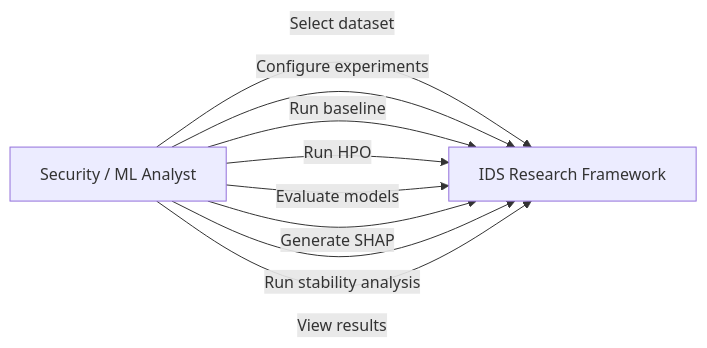
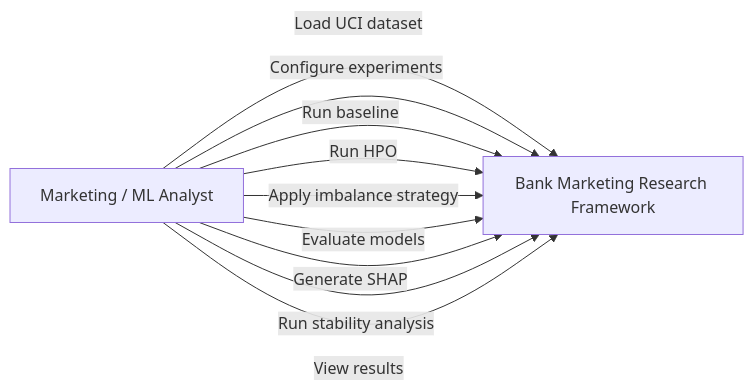
Before and after one commit to harshkhamkar26/Hyperparameter-Optimization-XAI: the first of 3 diagrams in docs/SEPM/07_UML_Diagrams.md, drawn with Mermaid. The commit also changed other lines of this file, not shown here.

Commit message:
Update UML diagrams to Bank Marketing

````diff
--- a/docs/SEPM/07_UML_Diagrams.md
+++ b/docs/SEPM/07_UML_Diagrams.md
@@ -8,13 +8,14 @@
 ```mermaid
 flowchart LR
-    Analyst[Security / ML Analyst]
-    System[IDS Research Framework]
-    Analyst -->|Select dataset| System
+    Analyst[Marketing / ML Analyst]
+    System[Bank Marketing Research Framework]
+    Analyst -->|Load UCI dataset| System
     Analyst -->|Configure experiments| System
     Analyst -->|Run baseline| System
     Analyst -->|Run HPO| System
+    Analyst -->|Apply imbalance strategy| System
     Analyst -->|Evaluate models| System
     Analyst -->|Generate SHAP| System
     Analyst -->|Run stability analysis| System
     Analyst -->|View results| System
 ```
````
